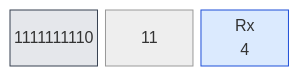
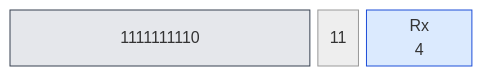
Diagram 29 of 32 in book/kap03.md (olfp/Deep16), drawn with Mermaid (neutral theme) before and after one commit. The commit also changed other lines of this file and 1 other file, not shown here.

Commit message:
book(kap03): alle 32 Befehlsdiagramme auf 31-Spalten-Layout normiert

````diff
--- a/book/kap03.md
+++ b/book/kap03.md
@@ -952,15 +952,15 @@
 ```mermaid
 block-beta
-  columns 3
+  columns 31
   classDef op fill:#e5e7eb,stroke:#374151
   classDef reg fill:#dbeafe,stroke:#1d4ed8
   classDef imm fill:#fef3c7,stroke:#b45309
   classDef off fill:#dcfce7,stroke:#15803d
   classDef seg fill:#ede9fe,stroke:#6d28d9
   classDef all fill:#fee2e2,stroke:#b91c1c
-  b0["1111111110"]:1
-  b1["11"]:1
-  b2["Rx<br/>4"]:1
+  b0["1111111110"]:19
+  b1["11"]:3
+  b2["Rx<br/>4"]:7
   class b0 b1 op
   class b2 reg
 ```
````
